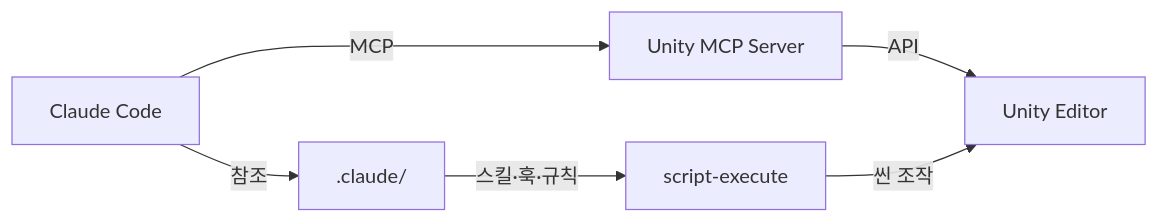
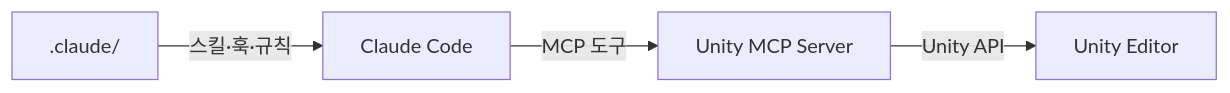
One commit to wooson00308/CCUF changed the first of 2 diagrams in docs/ko.md. Above: the diagram before and after it, drawn with Mermaid. The commit also changed 1 other file, not shown here.

Commit message:
fix: Mermaid 다이어그램 구조 수정 — script-execute 분리 제거

````diff
--- a/docs/ko.md
+++ b/docs/ko.md
@@ -13,8 +13,6 @@
 ```mermaid
 graph LR
-    A[Claude Code] -->|MCP| B[Unity MCP Server]
-    B -->|API| C[Unity Editor]
-    A -->|참조| D[.claude/]
-    D -->|스킬·훅·규칙| E[script-execute]
-    E -->|씬 조작| C
+    A[Claude Code] -->|MCP 도구| B[Unity MCP Server]
+    B -->|Unity API| C[Unity Editor]
+    D[.claude/] -->|스킬·훅·규칙| A
 ```
````
